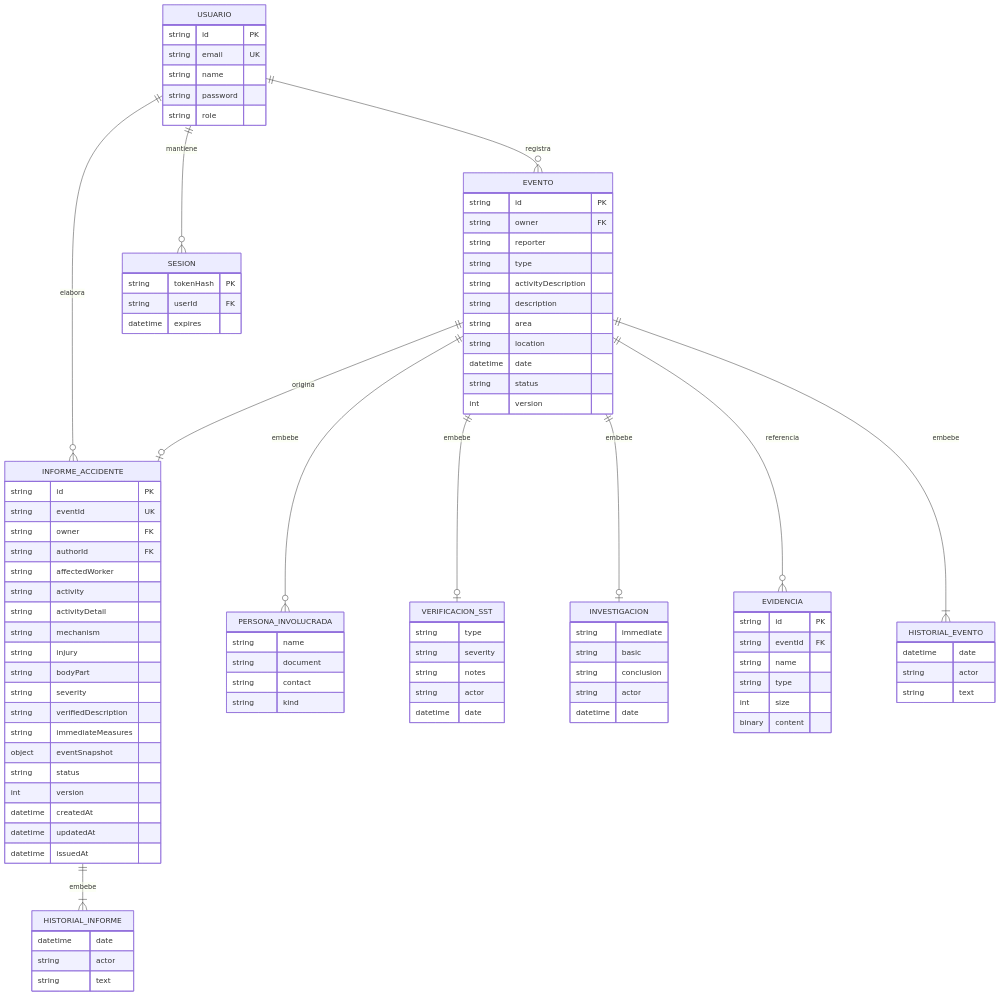
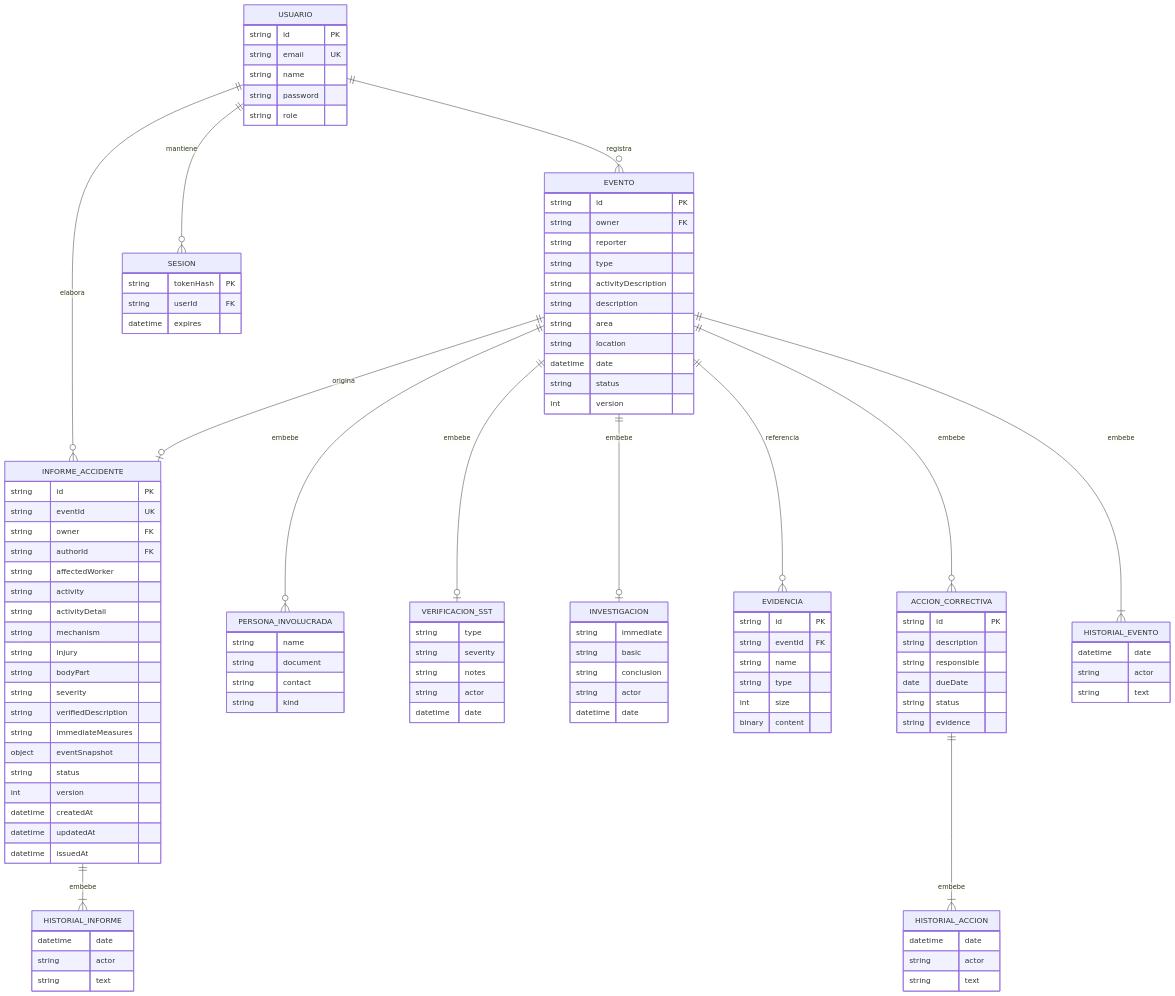
The diagram in docs/Diagrama-ER.md (HEFRA-ws/ProyectoIngSoftware), drawn with Mermaid before and after one commit. The commit also changed other lines of this file and 9 other files, not shown here.

```diff
--- a/docs/Diagrama-ER.md
+++ b/docs/Diagrama-ER.md
@@ -12,7 +12,9 @@
   EVENTO ||--o| INVESTIGACION : embebe
   EVENTO ||--o{ EVIDENCIA : referencia
   EVENTO ||--o| INFORME_ACCIDENTE : origina
+  EVENTO ||--o{ ACCION_CORRECTIVA : embebe
   EVENTO ||--|{ HISTORIAL_EVENTO : embebe
+  ACCION_CORRECTIVA ||--|{ HISTORIAL_ACCION : embebe
   INFORME_ACCIDENTE ||--|{ HISTORIAL_INFORME : embebe
   USUARIO {
     string id PK
@@ -33,6 +35,19 @@
     datetime date
     string status
     int version
+  }
+  ACCION_CORRECTIVA {
+    string id PK
+    string description
+    string responsible
+    date dueDate
+    string status
+    string evidence
+  }
+  HISTORIAL_ACCION {
+    datetime date
+    string actor
+    string text
   }
   PERSONA_INVOLUCRADA {
     string name
```
